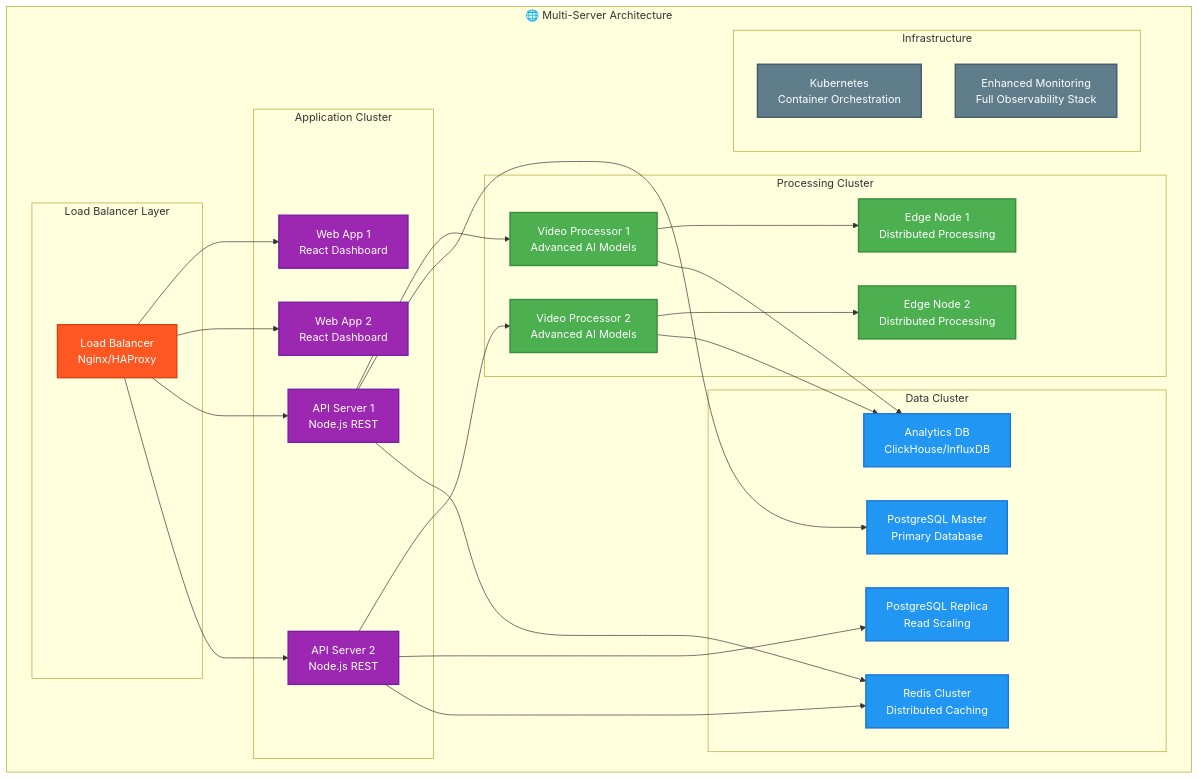
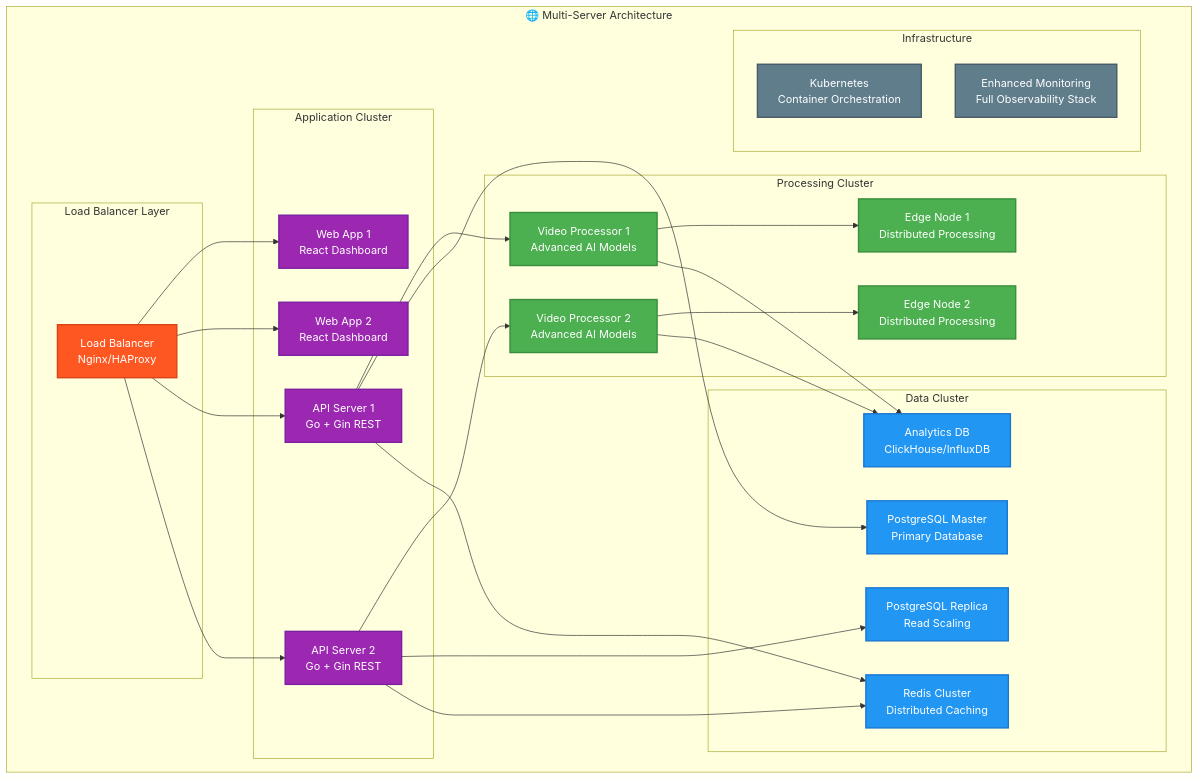
One commit to RaulMedeiros/video_analytics_platform changed the second of 3 diagrams in roadmap/progressive_implementation_roadmap.md. Above: the diagram before and after it, drawn with Mermaid. The commit also changed other lines of this file and 11 other files, not shown here.

````diff
--- a/roadmap/progressive_implementation_roadmap.md
+++ b/roadmap/progressive_implementation_roadmap.md
@@ -159,61 +159,61 @@
 ```mermaid
 graph TB
     subgraph "🌐 Multi-Server Architecture"
         subgraph "Load Balancer Layer"
             LB[Load Balancer<br/>Nginx/HAProxy]
         end
 
         subgraph "Application Cluster"
             WEB1[Web App 1<br/>React Dashboard]
             WEB2[Web App 2<br/>React Dashboard]
-            API1[API Server 1<br/>Node.js REST]
-            API2[API Server 2<br/>Node.js REST]
+            API1[API Server 1<br/>Go + Gin REST]
+            API2[API Server 2<br/>Go + Gin REST]
         end
 
         subgraph "Processing Cluster"
             PROC1[Video Processor 1<br/>Advanced AI Models]
             PROC2[Video Processor 2<br/>Advanced AI Models]
             EDGE1[Edge Node 1<br/>Distributed Processing]
             EDGE2[Edge Node 2<br/>Distributed Processing]
         end
 
         subgraph "Data Cluster"
             DB_MASTER[PostgreSQL Master<br/>Primary Database]
             DB_REPLICA[PostgreSQL Replica<br/>Read Scaling]
             REDIS_CLUSTER[Redis Cluster<br/>Distributed Caching]
             ANALYTICS[Analytics DB<br/>ClickHouse/InfluxDB]
         end
 
         subgraph "Infrastructure"
             K8S[Kubernetes<br/>Container Orchestration]
             MON[Enhanced Monitoring<br/>Full Observability Stack]
         end
     end
 
     LB --> WEB1
     LB --> WEB2
     LB --> API1
     LB --> API2
     API1 --> PROC1
     API2 --> PROC2
     PROC1 --> EDGE1
     PROC2 --> EDGE2
     API1 --> DB_MASTER
     API2 --> DB_REPLICA
     API1 --> REDIS_CLUSTER
     API2 --> REDIS_CLUSTER
     PROC1 --> ANALYTICS
     PROC2 --> ANALYTICS
 
     classDef loadbalancer fill:#ff5722,stroke:#d84315,stroke-width:2px,color:#fff
     classDef application fill:#9c27b0,stroke:#7b1fa2,stroke-width:2px,color:#fff
     classDef processing fill:#4caf50,stroke:#388e3c,stroke-width:2px,color:#fff
     classDef data fill:#2196f3,stroke:#1976d2,stroke-width:2px,color:#fff
     classDef infra fill:#607d8b,stroke:#455a64,stroke-width:2px,color:#fff
 
     class LB loadbalancer
     class WEB1,WEB2,API1,API2 application
     class PROC1,PROC2,EDGE1,EDGE2 processing
     class DB_MASTER,DB_REPLICA,REDIS_CLUSTER,ANALYTICS data
     class K8S,MON infra
 ```
````
